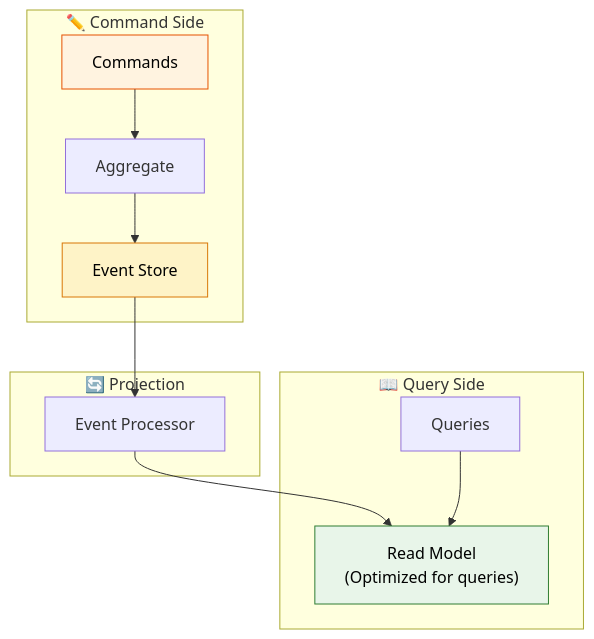
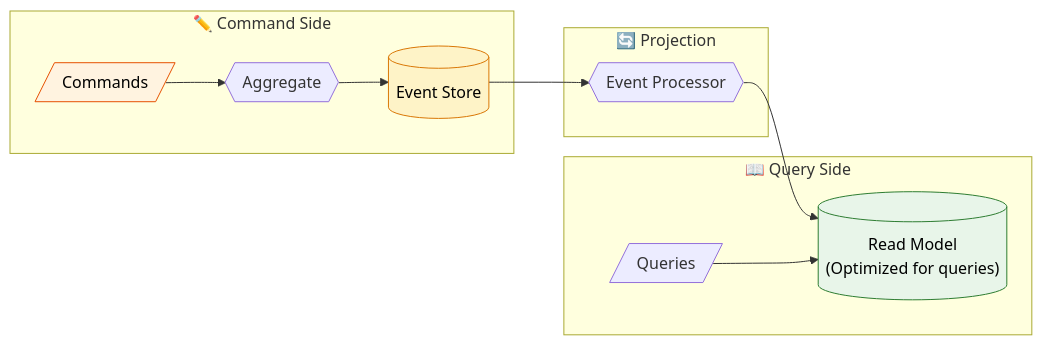
The third of 4 diagrams in docs/microservices/event-driven.md (saivamsikaruturi/vamsilabs-dev-notes-main), drawn with Mermaid before and after one commit. The commit also changed other lines of this file and 146 other files, not shown here.

Commit message:
Horizontal diagrams, UML class diagrams, typography overhaul, and permalink cleanup

````diff
--- a/docs/microservices/event-driven.md
+++ b/docs/microservices/event-driven.md
@@ -118,19 +118,19 @@
 ```mermaid
-flowchart TD
+flowchart LR
     subgraph Write["✏️ Command Side"]
-        CMD["Commands"] --> AS["Aggregate"] --> ES["Event Store"]
+        CMD[/"Commands"/] --> AS{{"Aggregate"}} --> ES[("Event Store")]
     end
     
     subgraph Projection["🔄 Projection"]
-        ES --> EP["Event Processor"]
+        ES --> EP{{"Event Processor"}}
     end
     
     subgraph Read["📖 Query Side"]
-        EP --> RM["Read Model<br/>(Optimized for queries)"]
-        Q["Queries"] --> RM
+        EP --> RM[("Read Model<br/>(Optimized for queries)")]
+        Q[/"Queries"/] --> RM
     end
 
     style CMD fill:#FFF3E0,stroke:#E65100,color:#000
     style ES fill:#FEF3C7,stroke:#D97706,color:#000
     style RM fill:#E8F5E9,stroke:#2E7D32,color:#000
 ```
````
